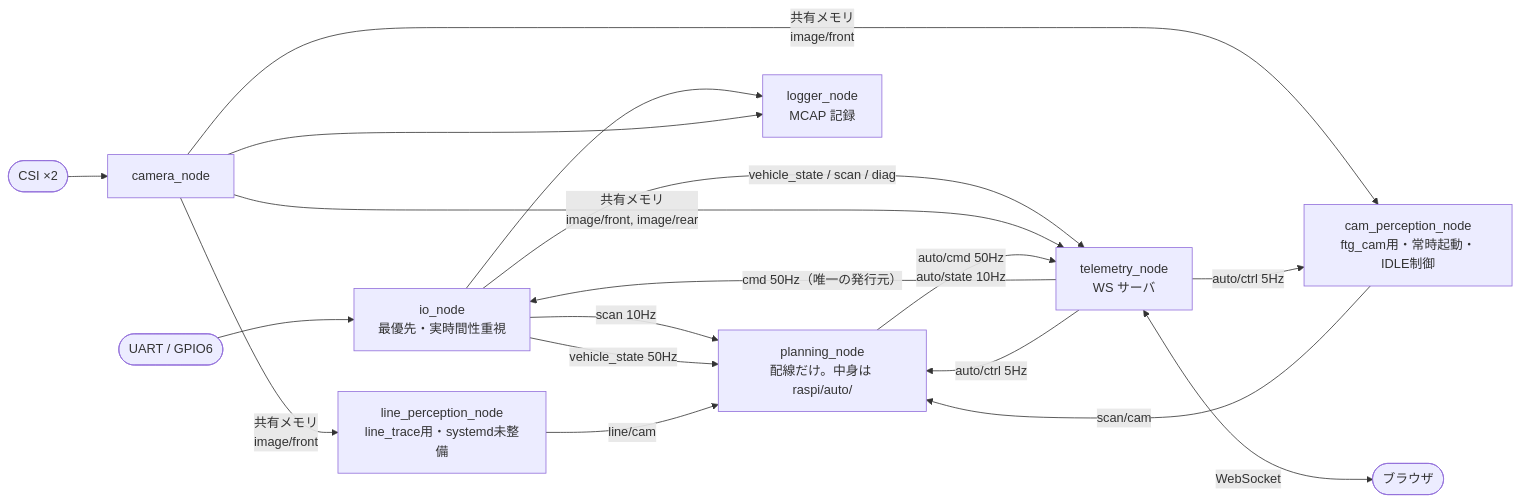
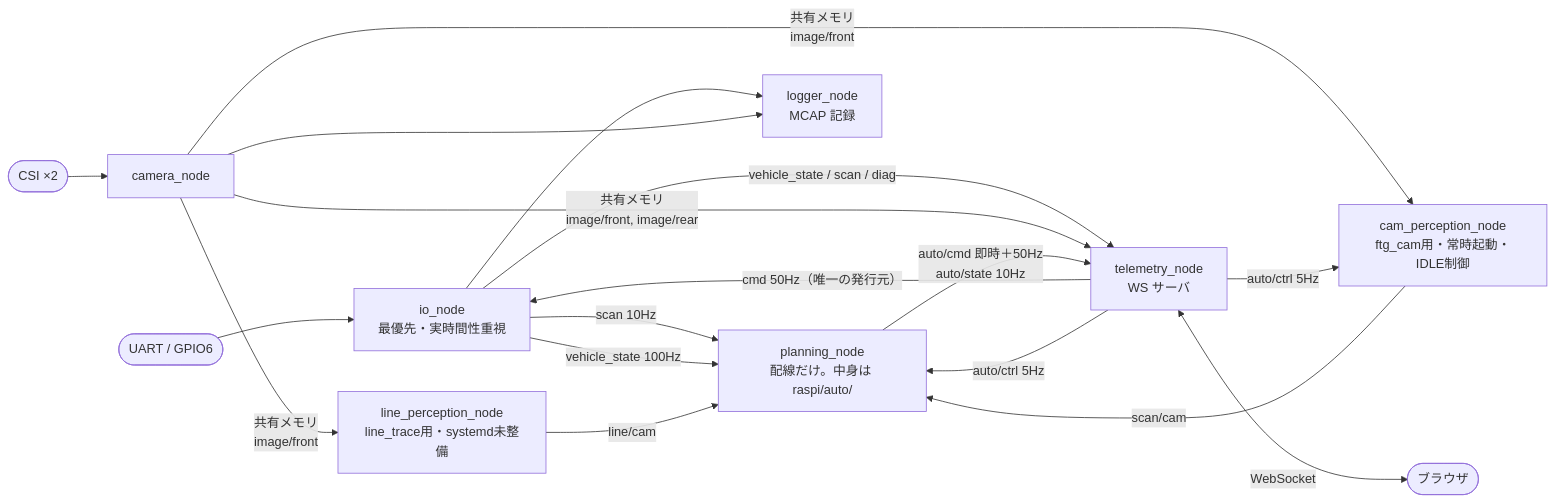
One commit to banbatakumi/AutonomousCar_RasPi changed the third of 4 diagrams in surge_mk2/docs/system_overview.md. Above: the diagram before and after it, drawn with Mermaid. The commit also changed other lines of this file and 69 other files, not shown here.

````diff
--- a/surge_mk2/docs/system_overview.md
+++ b/surge_mk2/docs/system_overview.md
@@ -279,29 +279,29 @@
 ```mermaid
 flowchart LR
     UART(["UART / GPIO6"]) --> IO
     CSI(["CSI ×2"]) --> CAM
 
     IO["io_node<br/>最優先・実時間性重視"]
     CAM["camera_node"]
     CAMPERC["cam_perception_node<br/>ftg_cam用・常時起動・IDLE制御"]
     LINEPERC["line_perception_node<br/>line_trace用・systemd未整備"]
     PLAN["planning_node<br/>配線だけ。中身は raspi/auto/"]
     TELE["telemetry_node<br/>WS サーバ"]
     LOG["logger_node<br/>MCAP 記録"]
 
     IO -->|"scan 10Hz"| PLAN
-    IO -->|"vehicle_state 50Hz"| PLAN
+    IO -->|"vehicle_state 100Hz"| PLAN
     IO -->|"vehicle_state / scan / diag"| TELE
     IO --> LOG
     CAM -->|"共有メモリ<br/>image/front, image/rear"| TELE
     CAM -->|"共有メモリ<br/>image/front"| CAMPERC
     CAM -->|"共有メモリ<br/>image/front"| LINEPERC
     CAM --> LOG
     CAMPERC -->|"scan/cam"| PLAN
     LINEPERC -->|"line/cam"| PLAN
-    PLAN -->|"auto/cmd 50Hz<br/>auto/state 10Hz"| TELE
+    PLAN -->|"auto/cmd 即時＋50Hz<br/>auto/state 10Hz"| TELE
     TELE -->|"cmd 50Hz（唯一の発行元）"| IO
     TELE -->|"auto/ctrl 5Hz"| PLAN
     TELE -->|"auto/ctrl 5Hz"| CAMPERC
     TELE <-->|"WebSocket"| BROWSER(["ブラウザ"])
 ```
````
